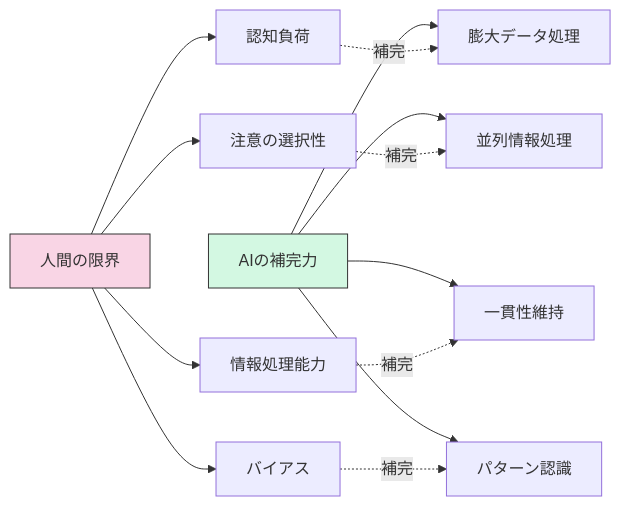
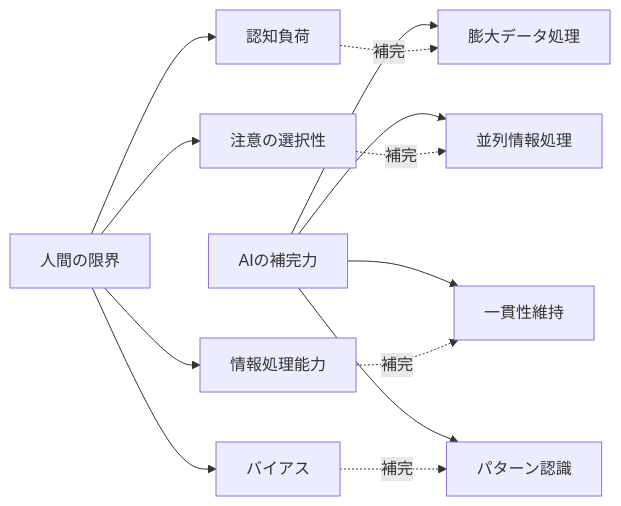
The first of 4 diagrams in docs/ai-and-future/ai-sa-context.md (shuji-bonji/Situational-Awareness-and-Decision-Making), drawn with Mermaid before and after one commit. The commit also changed other lines of this file and 49 other files, not shown here.

Commit message:
fix: ダークモードで見づらい図の色の変更

````diff
--- a/docs/ai-and-future/ai-sa-context.md
+++ b/docs/ai-and-future/ai-sa-context.md
@@ -23,20 +23,17 @@
 ```mermaid
 graph LR
     A[人間の限界] --> B[認知負荷]
     A --> C[注意の選択性]
     A --> D[情報処理能力]
     A --> E[バイアス]
     
     F[AIの補完力] --> G[膨大データ処理]
     F --> H[並列情報処理]
     F --> I[一貫性維持]
     F --> J[パターン認識]
     
     B -.補完.-> G
     C -.補完.-> H
     D -.補完.-> I
     E -.補完.-> J
-    
-    style A fill:#f9d5e5,stroke:#333
-    style F fill:#d3f8e2,stroke:#333
 ```
````
